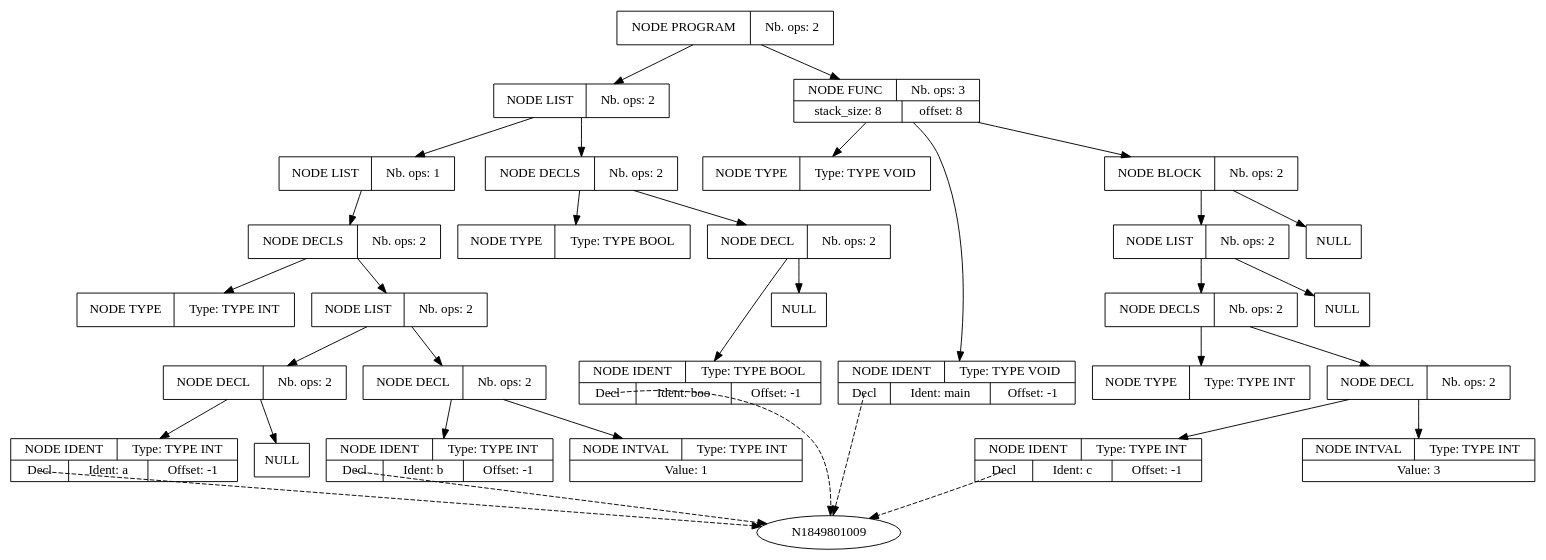
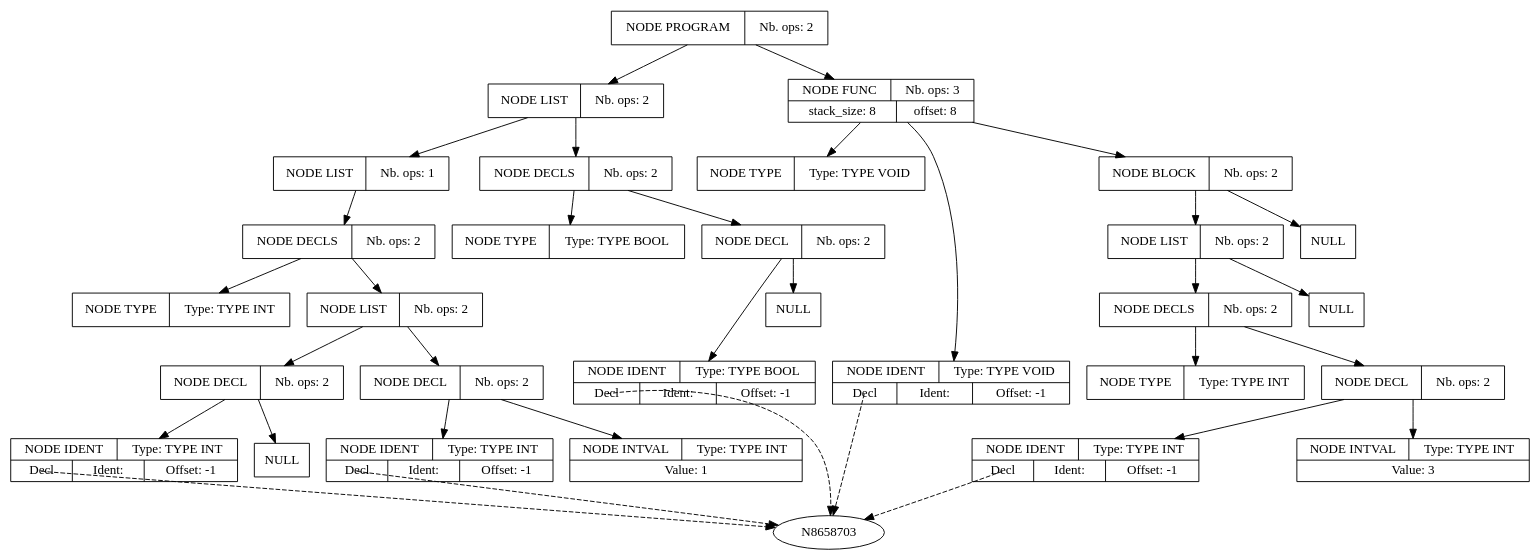
One commit to LisaHennebelle/Compilation changed the diagram in tree.dot. Above: the diagram before and after it, drawn with Graphviz. The commit also changed 86 other files, not shown here.

```diff
--- a/tree.dot
+++ b/tree.dot
@@ -1,97 +1,97 @@
 digraph global_vars {
     N1 [shape=record, label="{{NODE PROGRAM|Nb. ops: 2}}"];
     N2 [shape=record, label="{{NODE LIST|Nb. ops: 2}}"];
     N3 [shape=record, label="{{NODE LIST|Nb. ops: 1}}"];
     N4 [shape=record, label="{{NODE DECLS|Nb. ops: 2}}"];
     N5 [shape=record, label="{{NODE TYPE|Type: TYPE INT}}"];
     edge[tailclip=true];
     N4 -> N5
     N6 [shape=record, label="{{NODE LIST|Nb. ops: 2}}"];
     N7 [shape=record, label="{{NODE DECL|Nb. ops: 2}}"];
-    N8 [shape=record, label="{{NODE IDENT|Type: TYPE INT}|{<decl>Decl      |Ident: a|Offset: -1}}"];
+    N8 [shape=record, label="{{NODE IDENT|Type: TYPE INT}|{<decl>Decl      |Ident: |Offset: -1}}"];
     edge[tailclip=false];
-    "N8":decl:c -> "N1849801009" [style=dashed]
+    "N8":decl:c -> "N8658703" [style=dashed]
     edge[tailclip=true];
     N7 -> N8
     N9 [shape=record, label="{{NULL}}"];
     edge[tailclip=true];
     N7 -> N9
     edge[tailclip=true];
     N6 -> N7
     N10 [shape=record, label="{{NODE DECL|Nb. ops: 2}}"];
-    N11 [shape=record, label="{{NODE IDENT|Type: TYPE INT}|{<decl>Decl      |Ident: b|Offset: -1}}"];
+    N11 [shape=record, label="{{NODE IDENT|Type: TYPE INT}|{<decl>Decl      |Ident: |Offset: -1}}"];
     edge[tailclip=false];
-    "N11":decl:c -> "N1849801009" [style=dashed]
+    "N11":decl:c -> "N8658703" [style=dashed]
     edge[tailclip=true];
     N10 -> N11
     N12 [shape=record, label="{{NODE INTVAL|Type: TYPE INT}|{Value: 1}}"];
     edge[tailclip=true];
     N10 -> N12
     edge[tailclip=true];
     N6 -> N10
     edge[tailclip=true];
     N4 -> N6
     edge[tailclip=true];
     N3 -> N4
     edge[tailclip=true];
     N2 -> N3
     N13 [shape=record, label="{{NODE DECLS|Nb. ops: 2}}"];
     N14 [shape=record, label="{{NODE TYPE|Type: TYPE BOOL}}"];
     edge[tailclip=true];
     N13 -> N14
     N15 [shape=record, label="{{NODE DECL|Nb. ops: 2}}"];
-    N16 [shape=record, label="{{NODE IDENT|Type: TYPE BOOL}|{<decl>Decl      |Ident: boo|Offset: -1}}"];
+    N16 [shape=record, label="{{NODE IDENT|Type: TYPE BOOL}|{<decl>Decl      |Ident: |Offset: -1}}"];
     edge[tailclip=false];
-    "N16":decl:c -> "N1849801009" [style=dashed]
+    "N16":decl:c -> "N8658703" [style=dashed]
     edge[tailclip=true];
     N15 -> N16
     N17 [shape=record, label="{{NULL}}"];
     edge[tailclip=true];
     N15 -> N17
     edge[tailclip=true];
     N13 -> N15
     edge[tailclip=true];
     N2 -> N13
     edge[tailclip=true];
     N1 -> N2
     N18 [shape=record, label="{{NODE FUNC|Nb. ops: 3}|{stack_size: 8|offset: 8}}"];
     N19 [shape=record, label="{{NODE TYPE|Type: TYPE VOID}}"];
     edge[tailclip=true];
     N18 -> N19
-    N20 [shape=record, label="{{NODE IDENT|Type: TYPE VOID}|{<decl>Decl      |Ident: main|Offset: -1}}"];
+    N20 [shape=record, label="{{NODE IDENT|Type: TYPE VOID}|{<decl>Decl      |Ident: |Offset: -1}}"];
     edge[tailclip=false];
-    "N20":decl:c -> "N1849801009" [style=dashed]
+    "N20":decl:c -> "N8658703" [style=dashed]
     edge[tailclip=true];
     N18 -> N20
     N21 [shape=record, label="{{NODE BLOCK|Nb. ops: 2}}"];
     N22 [shape=record, label="{{NODE LIST|Nb. ops: 2}}"];
     N23 [shape=record, label="{{NODE DECLS|Nb. ops: 2}}"];
     N24 [shape=record, label="{{NODE TYPE|Type: TYPE INT}}"];
     edge[tailclip=true];
     N23 -> N24
     N25 [shape=record, label="{{NODE DECL|Nb. ops: 2}}"];
-    N26 [shape=record, label="{{NODE IDENT|Type: TYPE INT}|{<decl>Decl      |Ident: c|Offset: -1}}"];
+    N26 [shape=record, label="{{NODE IDENT|Type: TYPE INT}|{<decl>Decl      |Ident: |Offset: -1}}"];
     edge[tailclip=false];
-    "N26":decl:c -> "N1849801009" [style=dashed]
+    "N26":decl:c -> "N8658703" [style=dashed]
     edge[tailclip=true];
     N25 -> N26
     N27 [shape=record, label="{{NODE INTVAL|Type: TYPE INT}|{Value: 3}}"];
     edge[tailclip=true];
     N25 -> N27
     edge[tailclip=true];
     N23 -> N25
     edge[tailclip=true];
     N22 -> N23
     N28 [shape=record, label="{{NULL}}"];
     edge[tailclip=true];
     N22 -> N28
     edge[tailclip=true];
     N21 -> N22
     N29 [shape=record, label="{{NULL}}"];
     edge[tailclip=true];
     N21 -> N29
     edge[tailclip=true];
     N18 -> N21
     edge[tailclip=true];
     N1 -> N18
 }
```
